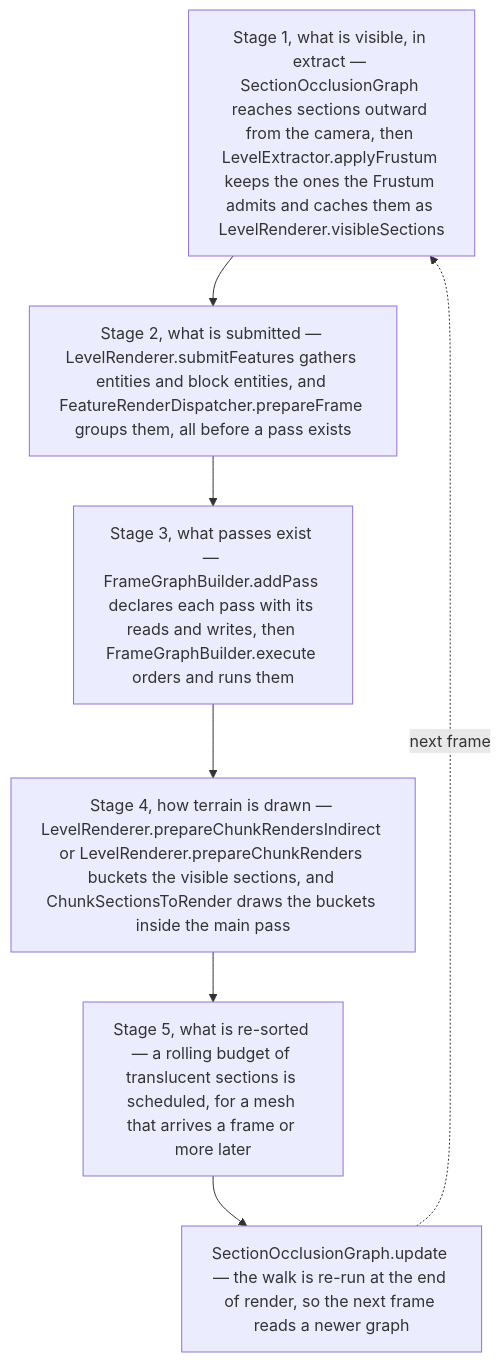
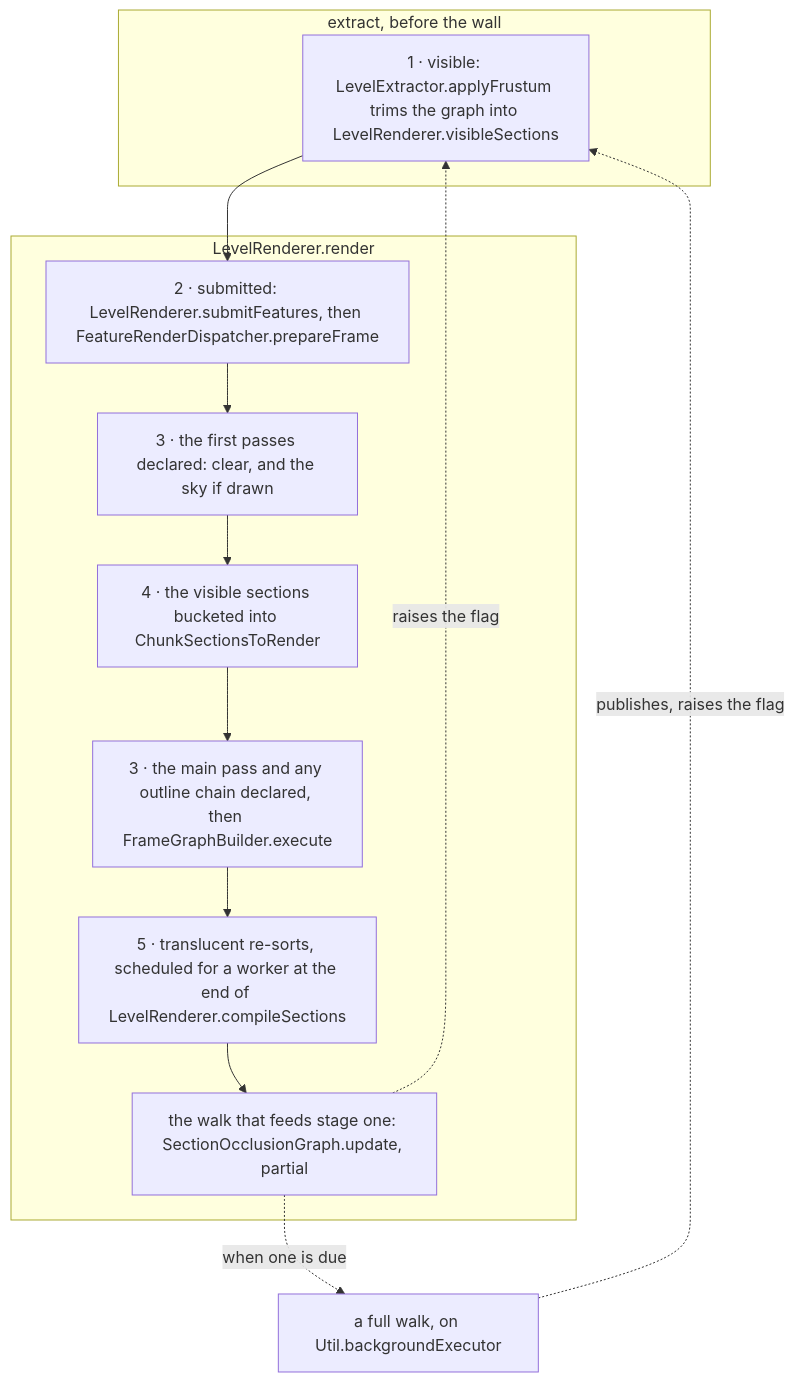
Before and after one commit to AlexanderjFraser/MinecraftDocs: the first of 2 diagrams in src/systems/rendering/visibility-and-the-frame-graph.md, drawn with Mermaid. The commit also changed other lines of this file and 18 other files, not shown here.

````diff
--- a/src/systems/rendering/visibility-and-the-frame-graph.md
+++ b/src/systems/rendering/visibility-and-the-frame-graph.md
@@ -50,11 +50,19 @@
 ```mermaid
 flowchart TD
-    S1["Stage 1, what is visible, in extract — SectionOcclusionGraph reaches sections outward from the camera, then LevelExtractor.applyFrustum keeps the ones the Frustum admits and caches them as LevelRenderer.visibleSections"]
-    S2["Stage 2, what is submitted — LevelRenderer.submitFeatures gathers entities and block entities, and FeatureRenderDispatcher.prepareFrame groups them, all before a pass exists"]
-    S3["Stage 3, what passes exist — FrameGraphBuilder.addPass declares each pass with its reads and writes, then FrameGraphBuilder.execute orders and runs them"]
-    S4["Stage 4, how terrain is drawn — LevelRenderer.prepareChunkRendersIndirect or LevelRenderer.prepareChunkRenders buckets the visible sections, and ChunkSectionsToRender draws the buckets inside the main pass"]
-    S5["Stage 5, what is re-sorted — a rolling budget of translucent sections is scheduled, for a mesh that arrives a frame or more later"]
-    S6["SectionOcclusionGraph.update — the walk is re-run at the end of render, so the next frame reads a newer graph"]
-    S1 --> S2 --> S3 --> S4 --> S5 --> S6
-    S6 -. "next frame" .-> S1
+    subgraph EXT["extract, before the wall"]
+        S1["1 · visible: LevelExtractor.applyFrustum trims the graph into LevelRenderer.visibleSections"]
+    end
+    subgraph REN["LevelRenderer.render"]
+        S2["2 · submitted: LevelRenderer.submitFeatures, then FeatureRenderDispatcher.prepareFrame"]
+        S3["3 · the first passes declared: clear, and the sky if drawn"]
+        S4["4 · the visible sections bucketed into ChunkSectionsToRender"]
+        S3B["3 · the main pass and any outline chain declared, then FrameGraphBuilder.execute"]
+        S5["5 · translucent re-sorts, scheduled for a worker at the end of LevelRenderer.compileSections"]
+        S6["the walk that feeds stage one: SectionOcclusionGraph.update, partial"]
+    end
+    BG["a full walk, on Util.backgroundExecutor"]
+    S1 --> S2 --> S3 --> S4 --> S3B --> S5 --> S6
+    S6 -. "when one is due" .-> BG
+    S6 -. "raises the flag" .-> S1
+    BG -. "publishes, raises the flag" .-> S1
 ```
````
